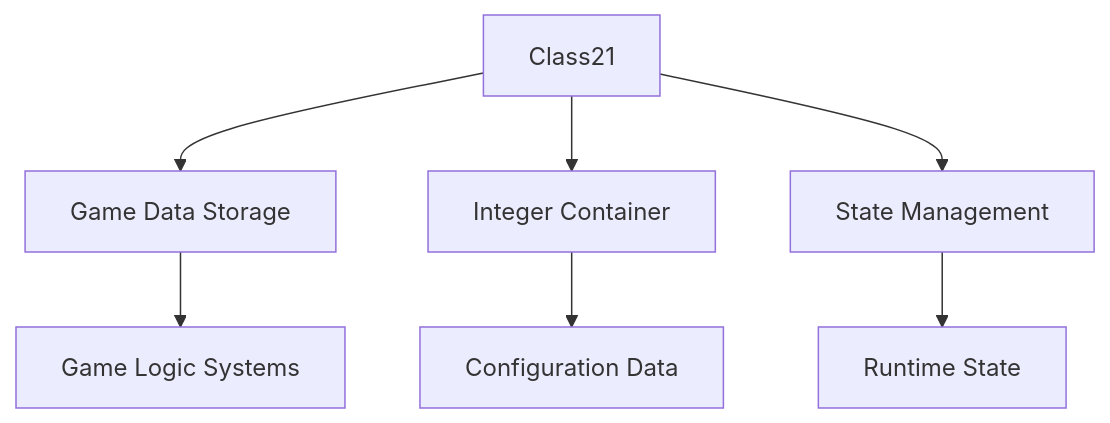
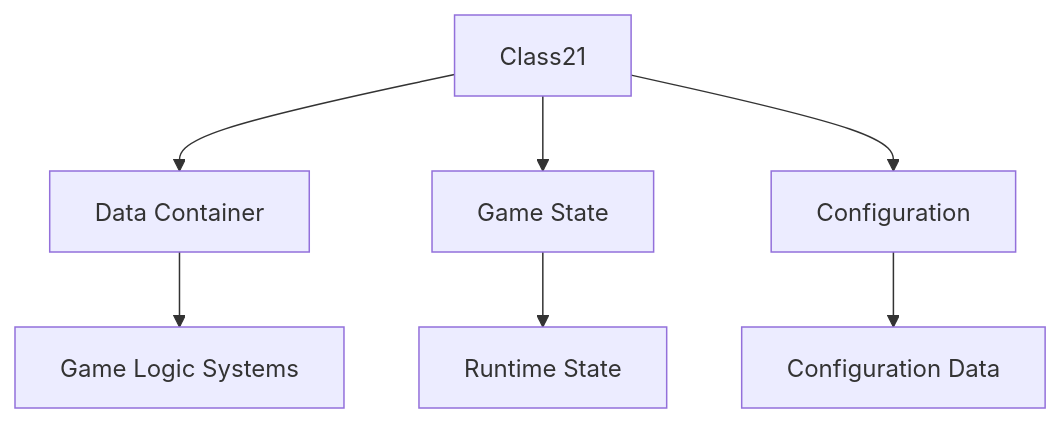
One commit to daxxog/solmud changed the second of 2 diagrams in bytecode/mapping/evidence/verified/Class21_LLORVYLP.md. Above: the diagram before and after it, drawn with Mermaid. The commit also changed other lines of this file and 19 other files, not shown here.

````diff
--- a/bytecode/mapping/evidence/verified/Class21_LLORVYLP.md
+++ b/bytecode/mapping/evidence/verified/Class21_LLORVYLP.md
@@ -201,9 +260,9 @@
 ```mermaid
 graph TD
-    A[Class21] --> B[Game Data Storage]
-    A --> C[Integer Container]
-    A --> D[State Management]
+    A[Class21] --> B[Data Container]
+    A --> C[Game State]
+    A --> D[Configuration]
     B --> E[Game Logic Systems]
-    C --> F[Configuration Data]
-    D --> G[Runtime State]
+    C --> F[Runtime State]
+    D --> G[Configuration Data]
 ```
````
